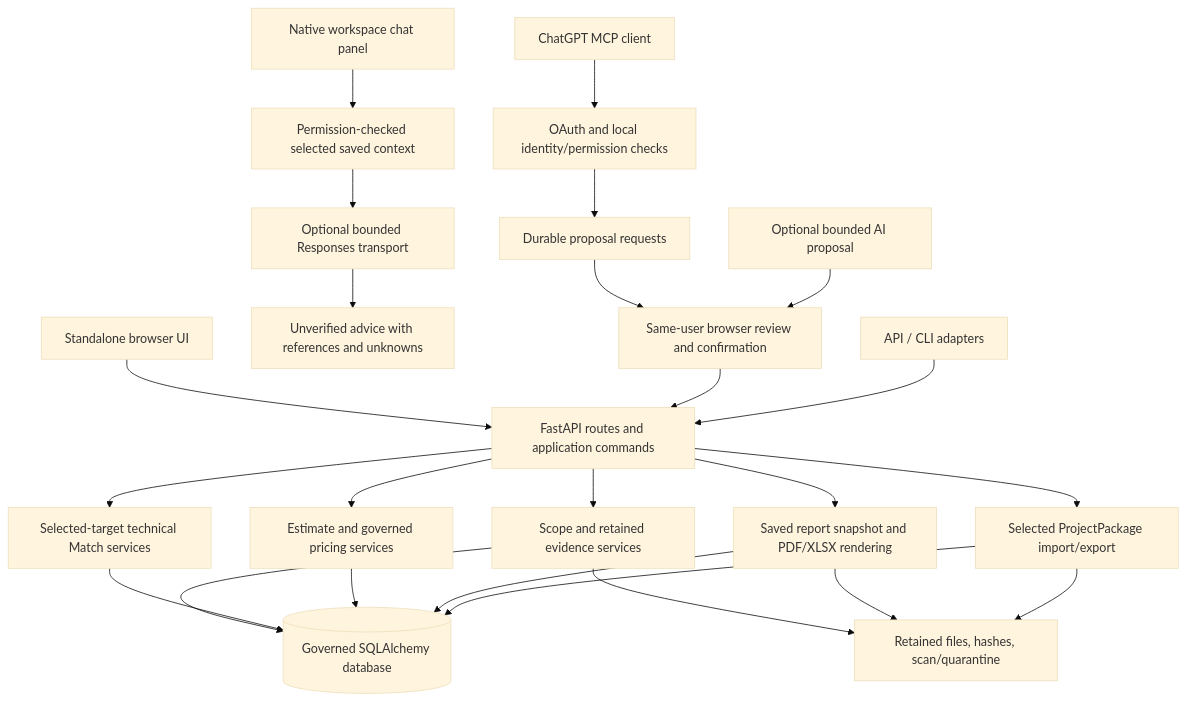
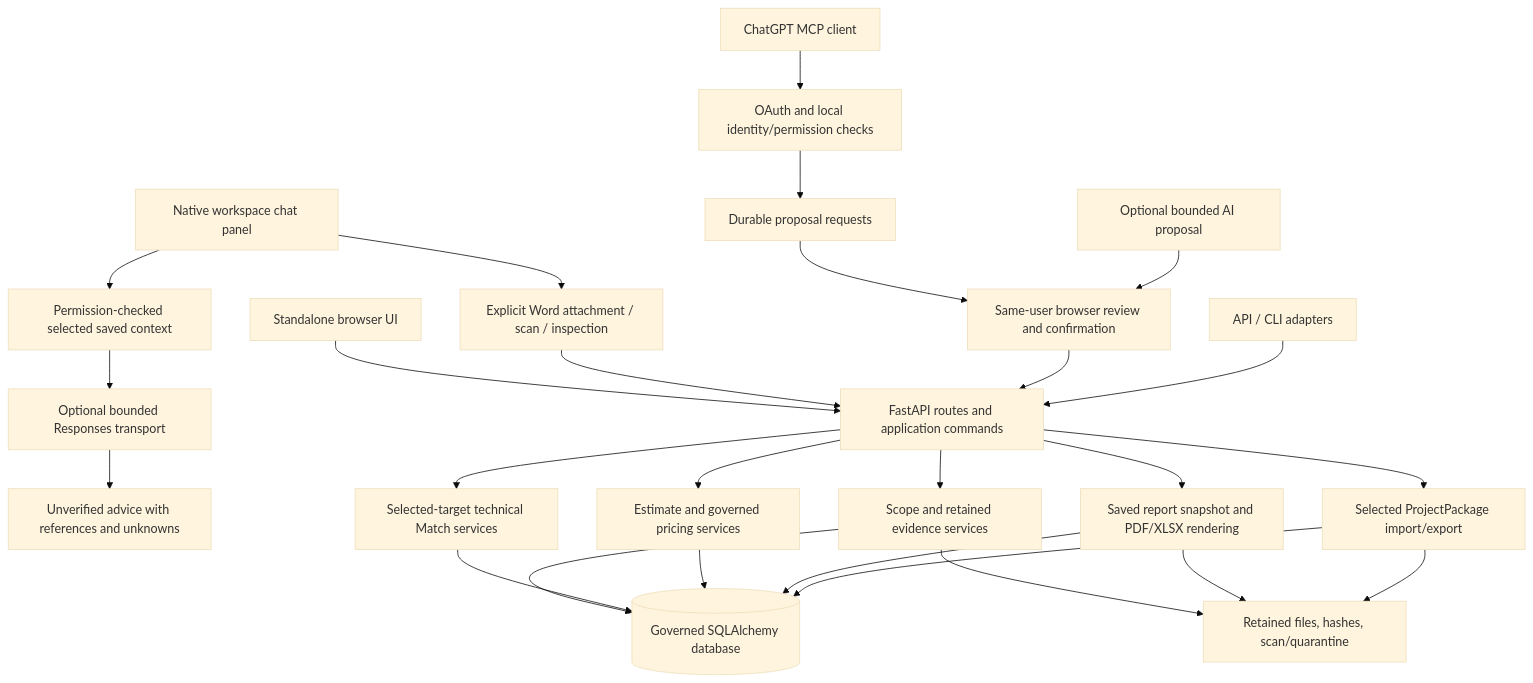
One commit to Slayde91/classifire changed the diagram in docs/CLASSIFIRE_ARCHITECTURE.md. Above: the diagram before and after it, drawn with Mermaid (base theme). The commit also changed other lines of this file and 11 other files, not shown here.

````diff
--- a/docs/CLASSIFIRE_ARCHITECTURE.md
+++ b/docs/CLASSIFIRE_ARCHITECTURE.md
@@ -29,26 +29,28 @@
 ```mermaid
 flowchart TD
   UI[Standalone browser UI] --> APP[FastAPI routes and application commands]
   PANEL[Native workspace chat panel] --> READ[Permission-checked selected saved context]
+  PANEL --> WORD[Explicit Word attachment / scan / inspection]
+  WORD --> APP
   READ --> PORT[Optional bounded Responses transport]
   PORT --> ADVICE[Unverified advice with references and unknowns]
   CHAT[ChatGPT MCP client] --> AUTH[OAuth and local identity/permission checks]
   AUTH --> PROPOSE[Durable proposal requests]
   PROPOSE --> HUMAN[Same-user browser review and confirmation]
   HUMAN --> APP
   API[API / CLI adapters] --> APP
   APP --> SCOPE[Scope and retained evidence services]
   APP --> MATCH[Selected-target technical Match services]
   APP --> EST[Estimate and governed pricing services]
   APP --> REPORT[Saved report snapshot and PDF/XLSX rendering]
   APP --> PACK[Selected ProjectPackage import/export]
   SCOPE --> DB[(Governed SQLAlchemy database)]
   MATCH --> DB
   EST --> DB
   REPORT --> DB
   PACK --> DB
   SCOPE --> STORE[Retained files, hashes, scan/quarantine]
   REPORT --> STORE
   PACK --> STORE
   AI[Optional bounded AI proposal] --> HUMAN
 ```
````
